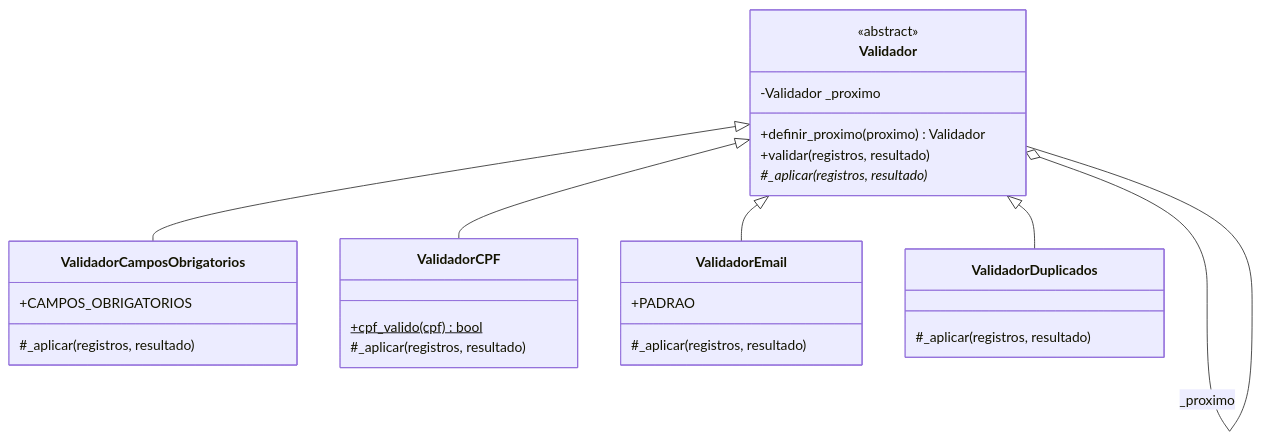
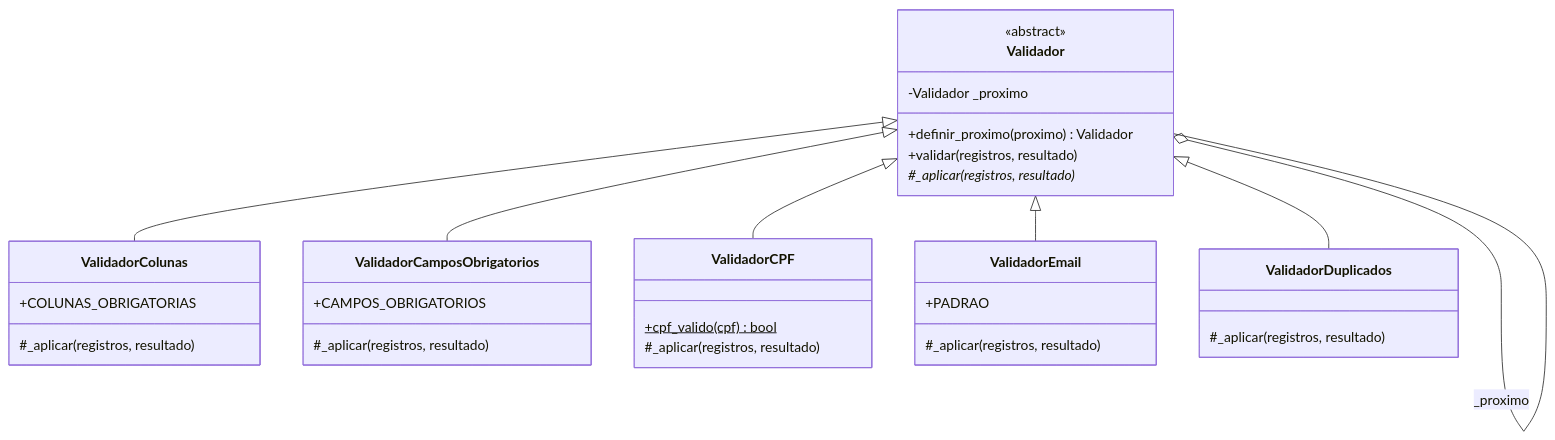
The second of 3 diagrams in ValidaCad/docs/arquitetura.md (UTFPR-Guilherme/Projeto-Final-ES), drawn with Mermaid before and after one commit. The commit also changed other lines of this file and 8 other files, not shown here.

Commit message:
Adiciona validacao de colunas obrigatorias (RF02) e trata casos de borda na leitura

````diff
--- a/ValidaCad/docs/arquitetura.md
+++ b/ValidaCad/docs/arquitetura.md
@@ -63,30 +63,35 @@
 ```mermaid
 classDiagram
     class Validador {
         <<abstract>>
         -Validador _proximo
         +definir_proximo(proximo) Validador
         +validar(registros, resultado)
         #_aplicar(registros, resultado)*
+    }
+    class ValidadorColunas {
+        +COLUNAS_OBRIGATORIAS
+        #_aplicar(registros, resultado)
     }
     class ValidadorCamposObrigatorios {
         +CAMPOS_OBRIGATORIOS
         #_aplicar(registros, resultado)
     }
     class ValidadorCPF {
         +cpf_valido(cpf)$ bool
         #_aplicar(registros, resultado)
     }
     class ValidadorEmail {
         +PADRAO
         #_aplicar(registros, resultado)
     }
     class ValidadorDuplicados {
         #_aplicar(registros, resultado)
     }
+    Validador <|-- ValidadorColunas
     Validador <|-- ValidadorCamposObrigatorios
     Validador <|-- ValidadorCPF
     Validador <|-- ValidadorEmail
     Validador <|-- ValidadorDuplicados
     Validador o-- Validador : _proximo
 ```
````
